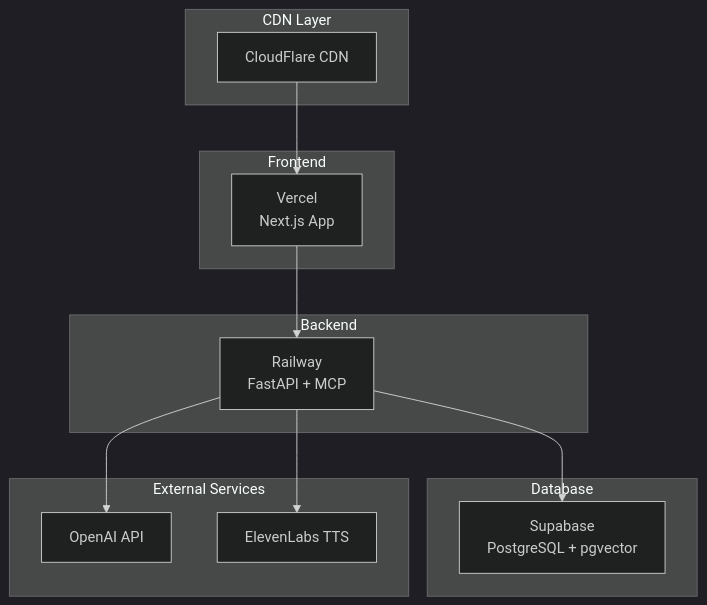
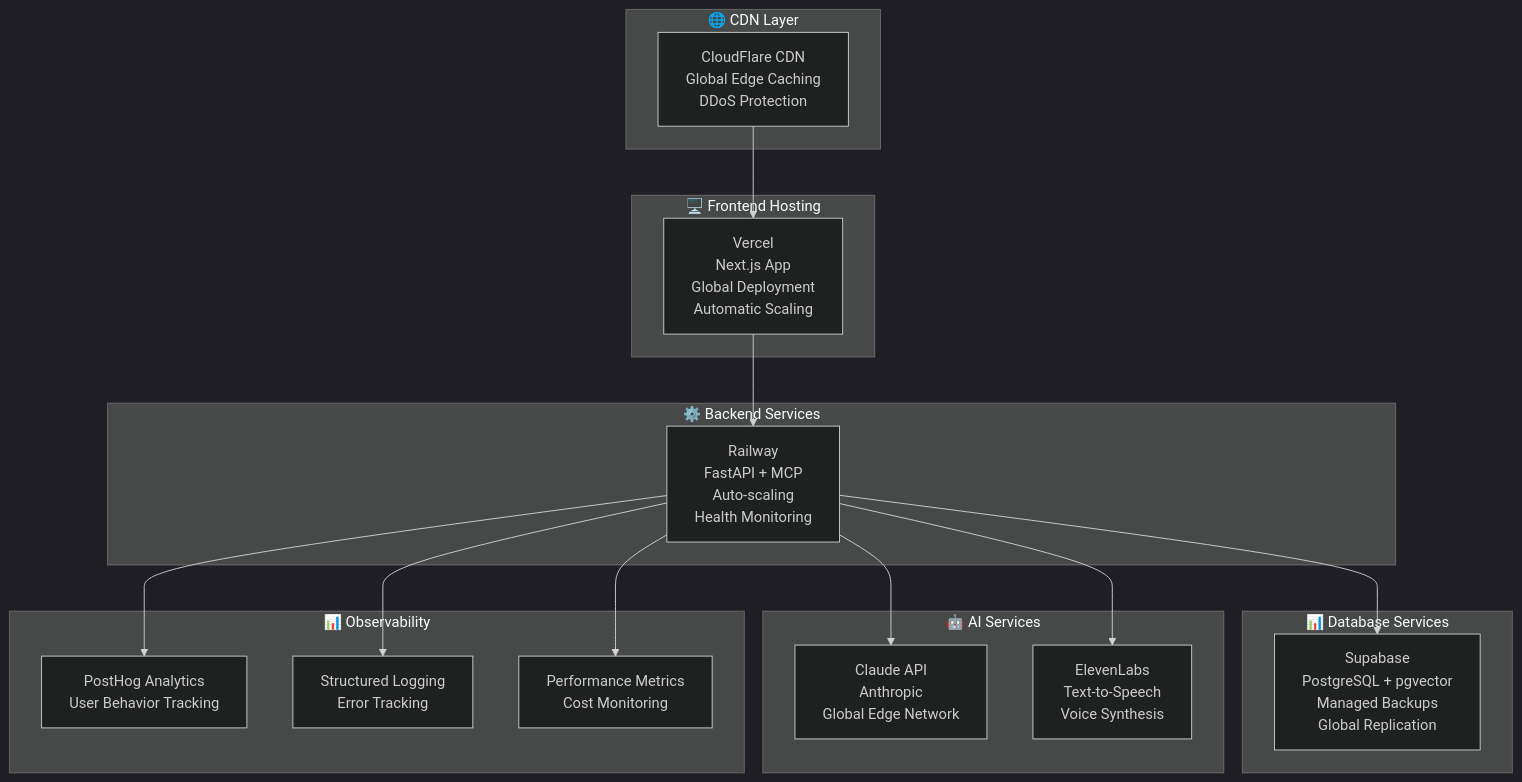
One commit to LSG-hub/Project-001 changed the eighth of 8 diagrams in README.md. Above: the diagram before and after it, drawn with Mermaid (dark theme). The commit also changed other lines of this file, not shown here.

````diff
--- a/README.md
+++ b/README.md
@@ -569,29 +700,38 @@
 ```mermaid
 graph TB
-    subgraph "CDN Layer"
-        CloudFlare[CloudFlare CDN]
+    subgraph CDN["🌐 CDN Layer"]
+        CloudFlare[CloudFlare CDN<br/>Global Edge Caching<br/>DDoS Protection]
     end
     
-    subgraph "Frontend"
-        Vercel[Vercel<br/>Next.js App]
+    subgraph Frontend["🖥️ Frontend Hosting"]
+        Vercel[Vercel<br/>Next.js App<br/>Global Deployment<br/>Automatic Scaling]
     end
     
-    subgraph "Backend"
-        Railway[Railway<br/>FastAPI + MCP]
+    subgraph Backend["⚙️ Backend Services"]
+        Railway[Railway<br/>FastAPI + MCP<br/>Auto-scaling<br/>Health Monitoring]
     end
     
-    subgraph "Database"
-        SupabaseDB[Supabase<br/>PostgreSQL + pgvector]
+    subgraph Database["📊 Database Services"]
+        SupabaseDB[Supabase<br/>PostgreSQL + pgvector<br/>Managed Backups<br/>Global Replication]
     end
     
-    subgraph "External Services"
-        OpenAI[OpenAI API]
-        ElevenLabs[ElevenLabs TTS]
+    subgraph External["🤖 AI Services"]
+        Anthropic[Claude API<br/>Anthropic<br/>Global Edge Network]
+        ElevenLabs[ElevenLabs<br/>Text-to-Speech<br/>Voice Synthesis]
+    end
+    
+    subgraph Monitoring["📊 Observability"]
+        Analytics[PostHog Analytics<br/>User Behavior Tracking]
+        Logs[Structured Logging<br/>Error Tracking]
+        Metrics[Performance Metrics<br/>Cost Monitoring]
     end
     
     CloudFlare --> Vercel
     Vercel --> Railway
     Railway --> SupabaseDB
-    Railway --> OpenAI
+    Railway --> Anthropic
     Railway --> ElevenLabs
+    Railway --> Analytics
+    Railway --> Logs
+    Railway --> Metrics
 ```
````
